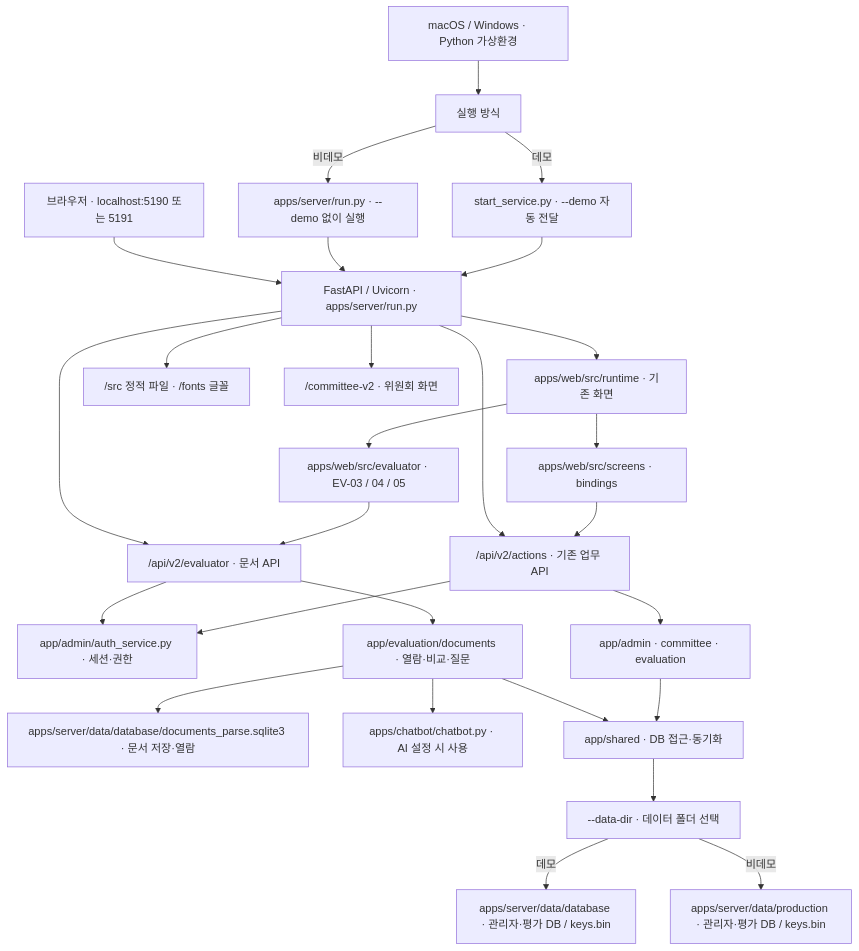
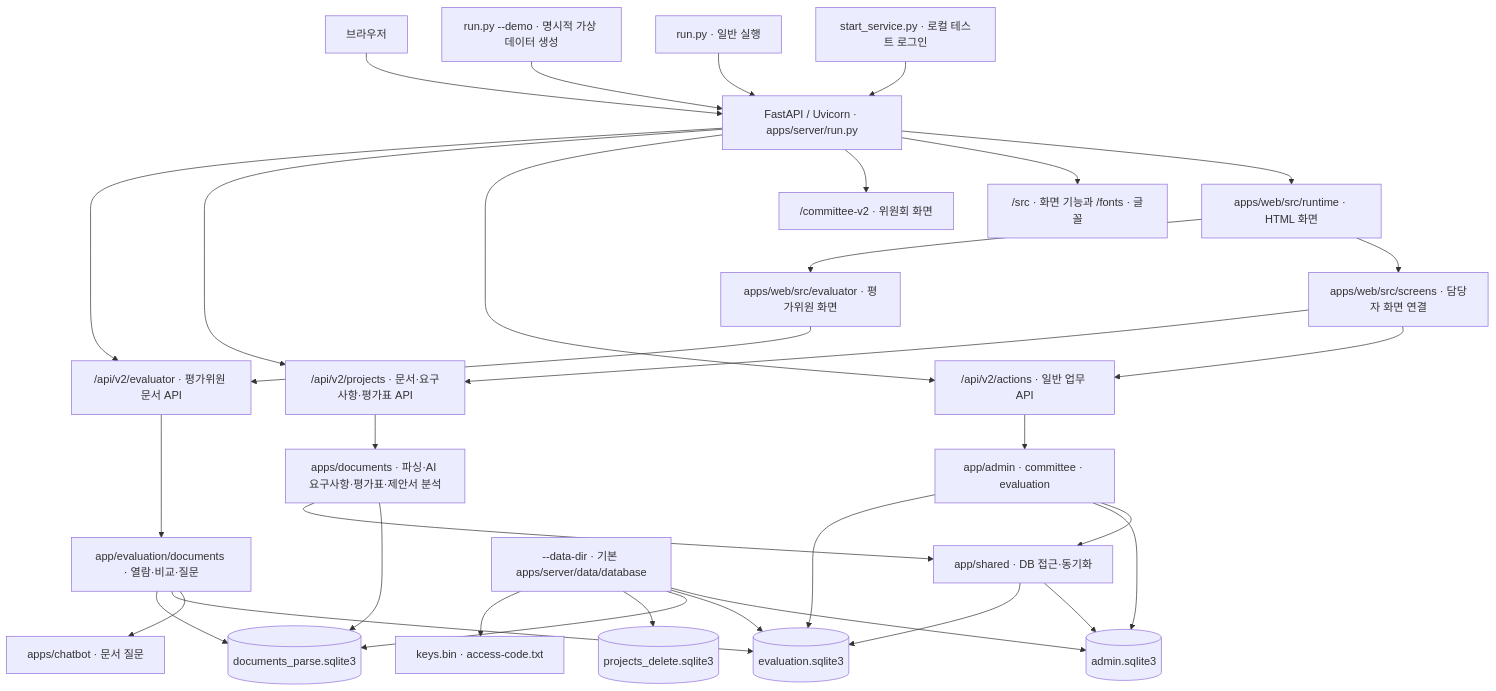
Before and after one commit to DaeUng79/Otopilot_team_v0.2: the diagram in README.MD, drawn with Mermaid. The commit also changed other lines of this file and 37 other files, not shown here.

````diff
--- a/README.MD
+++ b/README.MD
@@ -30,29 +29,36 @@
 ```mermaid
 flowchart TB
-    PY["macOS / Windows · Python 가상환경"] --> MODE["실행 방식"]
-    MODE -->|데모| DEMO["start_service.py · --demo 자동 전달"]
-    MODE -->|비데모| REAL["apps/server/run.py · --demo 없이 실행"]
-    DEMO --> HOST["FastAPI / Uvicorn · apps/server/run.py"]
-    REAL --> HOST
-    USER["브라우저 · localhost:5190 또는 5191"] --> HOST
-    HOST --> UI["apps/web/src/runtime · 기존 화면"]
-    UI --> BIND["apps/web/src/screens · bindings"]
-    UI --> EVUI["apps/web/src/evaluator · EV-03 / 04 / 05"]
-    HOST --> STATIC["/src 정적 파일 · /fonts 글꼴"]
+    LOCAL["start_service.py · 로컬 테스트 로그인"] --> HOST["FastAPI / Uvicorn · apps/server/run.py"]
+    NORMAL["run.py · 일반 실행"] --> HOST
+    DEMO["run.py --demo · 명시적 가상 데이터 생성"] --> HOST
+    USER["브라우저"] --> HOST
+    HOST --> UI["apps/web/src/runtime · HTML 화면"]
+    HOST --> STATIC["/src · 화면 기능과 /fonts · 글꼴"]
     HOST --> COMMITTEE["/committee-v2 · 위원회 화면"]
-    BIND --> ACTIONS["/api/v2/actions · 기존 업무 API"]
-    EVUI --> EVAPI["/api/v2/evaluator · 문서 API"]
-    HOST --> ACTIONS
-    HOST --> EVAPI
-    ACTIONS --> AUTH["app/admin/auth_service.py · 세션·권한"]
-    EVAPI --> AUTH
+    UI --> BIND["apps/web/src/screens · 담당자 화면 연결"]
+    UI --> EVUI["apps/web/src/evaluator · 평가위원 화면"]
+    HOST --> ACTIONS["/api/v2/actions · 일반 업무 API"]
+    HOST --> PROJECTAPI["/api/v2/projects · 문서·요구사항·평가표 API"]
+    HOST --> EVAPI["/api/v2/evaluator · 평가위원 문서 API"]
+    BIND --> ACTIONS
+    BIND --> PROJECTAPI
+    EVUI --> EVAPI
     ACTIONS --> CORE["app/admin · committee · evaluation"]
-    EVAPI --> DOC["app/evaluation/documents · 열람·비교·질문"]
-    DOC --> PARSED["apps/server/data/database/documents_parse.sqlite3 · 문서 저장·열람"]
-    DOC --> CHAT["apps/chatbot/chatbot.py · AI 설정 시 사용"]
+    PROJECTAPI --> DOCMOD["apps/documents · 파싱·AI 요구사항·평가표·제안서 분석"]
+    EVAPI --> EVDOC["app/evaluation/documents · 열람·비교·질문"]
+    EVDOC --> CHAT["apps/chatbot · 문서 질문"]
     CORE --> SHARED["app/shared · DB 접근·동기화"]
-    DOC --> SHARED
-    SHARED --> DBMODE["--data-dir · 데이터 폴더 선택"]
-    DBMODE -->|데모| DEMODB["apps/server/data/database · 관리자·평가 DB / keys.bin"]
-    DBMODE -->|비데모| REALDB["apps/server/data/production · 관리자·평가 DB / keys.bin"]
+    DATADIR["--data-dir · 기본 apps/server/data/database"] --> ADMINDB[(admin.sqlite3)]
+    DATADIR --> EVALDB[(evaluation.sqlite3)]
+    DATADIR --> DOCDB[(documents_parse.sqlite3)]
+    DATADIR --> DELETEDDB[(projects_delete.sqlite3)]
+    DATADIR --> KEYS["keys.bin · access-code.txt"]
+    CORE --> ADMINDB
+    CORE --> EVALDB
+    DOCMOD --> DOCDB
+    DOCMOD --> SHARED
+    EVDOC --> EVALDB
+    EVDOC --> DOCDB
+    SHARED --> ADMINDB
+    SHARED --> EVALDB
 ```
````
